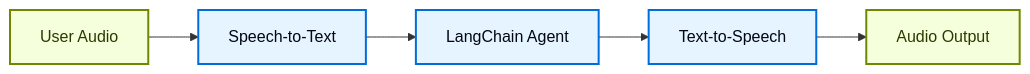
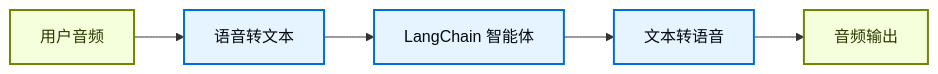
One commit to CodeFly16/langchain-cn-doc changed the first of 2 diagrams in oss/python/langchain/voice-agent.mdx. Above: the diagram before and after it, drawn with Mermaid. The commit also changed other lines of this file and 106 other files, not shown here.

````diff
--- a/oss/python/langchain/voice-agent.mdx
+++ b/oss/python/langchain/voice-agent.mdx
@@ -37,13 +37,13 @@
 ```mermaid
 flowchart LR
-    A[User Audio] --> B[Speech-to-Text]
-    B --> C[LangChain Agent]
-    C --> D[Text-to-Speech]
-    D --> E[Audio Output]
+    A[用户音频] --> B[语音转文本]
+    B --> C[LangChain 智能体]
+    C --> D[文本转语音]
+    D --> E[音频输出]
 
     classDef trigger fill:#F6FFDB,stroke:#6E8900,stroke-width:2px,color:#2E3900
     classDef process fill:#E5F4FF,stroke:#006DDD,stroke-width:2px,color:#030710
 
     class A,E trigger
     class B,C,D process
 ```
````
